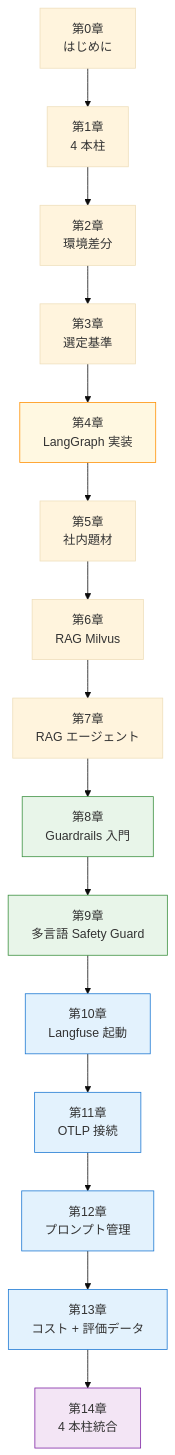
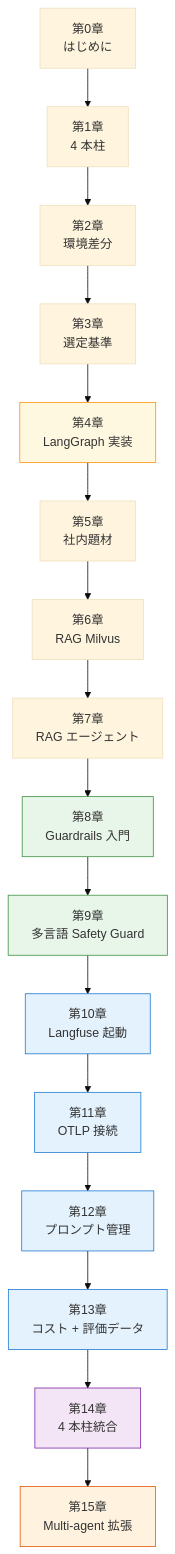
The third of 3 diagrams in books/nemo-agent-toolkit-production-ops/00-intro.md (himorishige/zenn-contents), drawn with Mermaid (base theme) before and after one commit. The commit also changed other lines of this file and 3 other files, not shown here.

````diff
--- a/books/nemo-agent-toolkit-production-ops/00-intro.md
+++ b/books/nemo-agent-toolkit-production-ops/00-intro.md
@@ -154,25 +154,27 @@
 ```mermaid
 graph TD
     C0["第0章<br/>はじめに"] --> C1["第1章<br/>4 本柱"]
     C1 --> C2["第2章<br/>環境差分"]
     C2 --> C3["第3章<br/>選定基準"]
     C3 --> C4["第4章<br/>LangGraph 実装"]
     C4 --> C5["第5章<br/>社内題材"]
     C5 --> C6["第6章<br/>RAG Milvus"]
     C6 --> C7["第7章<br/>RAG エージェント"]
     C7 --> C8["第8章<br/>Guardrails 入門"]
     C8 --> C9["第9章<br/>多言語 Safety Guard"]
     C9 --> C10["第10章<br/>Langfuse 起動"]
     C10 --> C11["第11章<br/>OTLP 接続"]
     C11 --> C12["第12章<br/>プロンプト管理"]
     C12 --> C13["第13章<br/>コスト + 評価データ"]
     C13 --> C14["第14章<br/>4 本柱統合"]
+    C14 --> C15["第15章<br/>Multi-agent 拡張"]
     style C4 fill:#fff8e1,stroke:#ff8f00
     style C8 fill:#e8f5e9,stroke:#388e3c
     style C9 fill:#e8f5e9,stroke:#388e3c
     style C10 fill:#e3f2fd,stroke:#1976d2
     style C11 fill:#e3f2fd,stroke:#1976d2
     style C12 fill:#e3f2fd,stroke:#1976d2
     style C13 fill:#e3f2fd,stroke:#1976d2
     style C14 fill:#f3e5f5,stroke:#7b1fa2
+    style C15 fill:#fff3e0,stroke:#e65100
 ```
````
